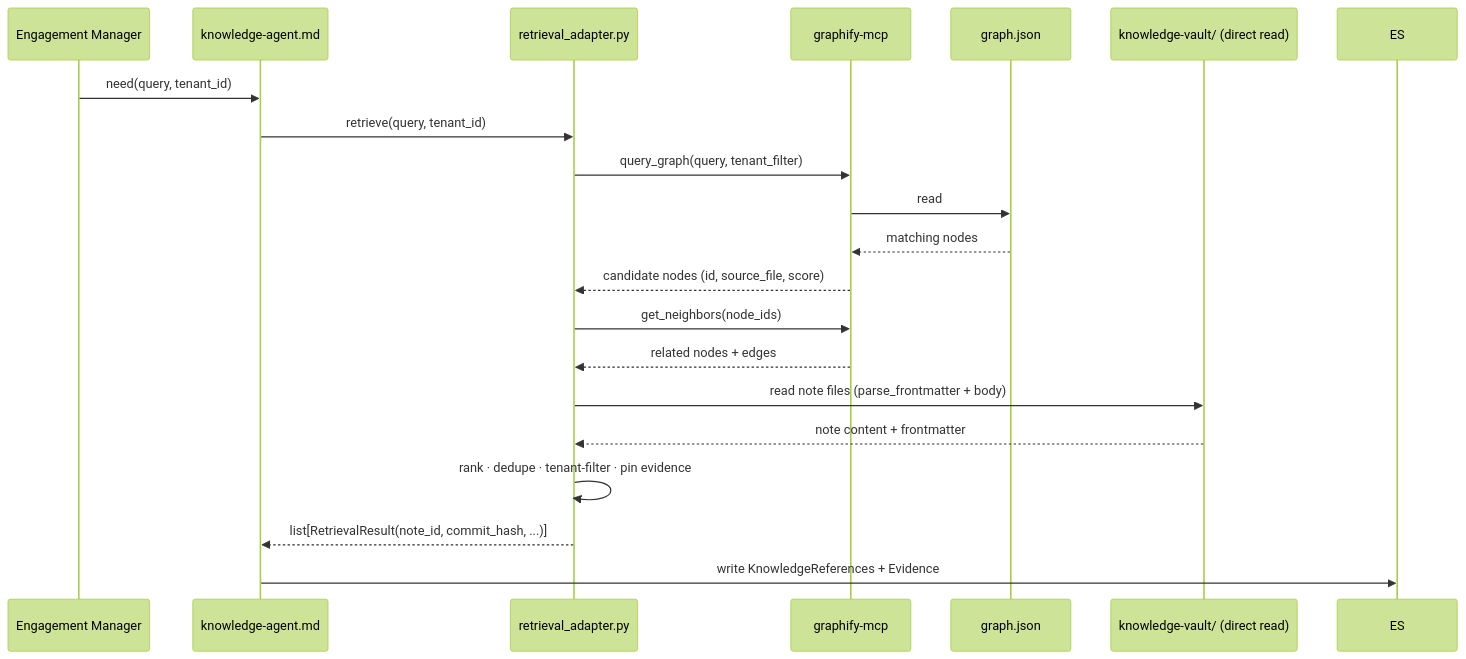
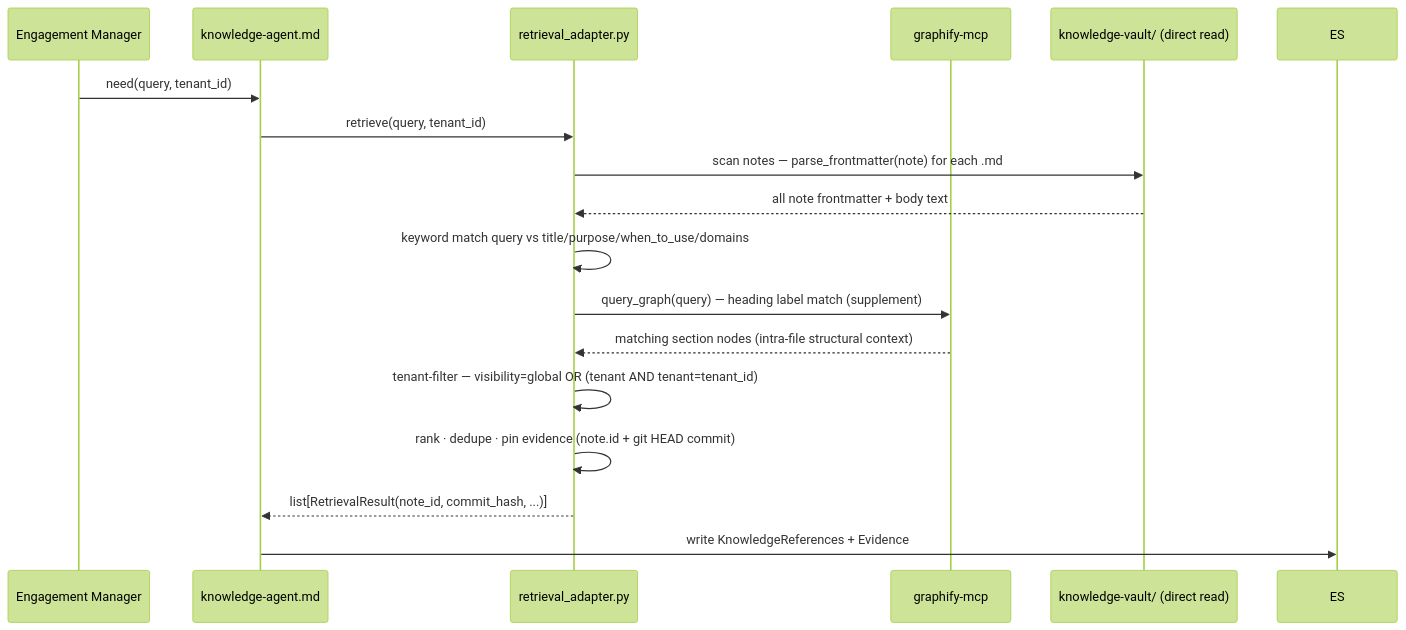
Before and after one commit to Darpan00720/Consulting-Agent: the diagram in docs/implementation/M3-Design.md, drawn with Mermaid (forest theme). The commit also changed other lines of this file and 1 other file, not shown here.

First line of the commit message:
feat(M3-Phase1A): incorporate Graphify evidence — resolve D-10, D-11

````diff
--- a/docs/implementation/M3-Design.md
+++ b/docs/implementation/M3-Design.md
@@ -291,23 +373,20 @@
 ```mermaid
 sequenceDiagram
     participant EM as Engagement Manager
     participant KA as knowledge-agent.md
     participant RA as retrieval_adapter.py
     participant GF as graphify-mcp
-    participant GJ as graph.json
     participant VT as knowledge-vault/ (direct read)
 
     EM->>KA: need(query, tenant_id)
     KA->>RA: retrieve(query, tenant_id)
-    RA->>GF: query_graph(query, tenant_filter)
-    GF->>GJ: read
-    GJ-->>GF: matching nodes
-    GF-->>RA: candidate nodes (id, source_file, score)
-    RA->>GF: get_neighbors(node_ids)
-    GF-->>RA: related nodes + edges
-    RA->>VT: read note files (parse_frontmatter + body)
-    VT-->>RA: note content + frontmatter
-    RA->>RA: rank · dedupe · tenant-filter · pin evidence
+    RA->>VT: scan notes — parse_frontmatter(note) for each .md
+    VT-->>RA: all note frontmatter + body text
+    RA->>RA: keyword match query vs title/purpose/when_to_use/domains
+    RA->>GF: query_graph(query) — heading label match (supplement)
+    GF-->>RA: matching section nodes (intra-file structural context)
+    RA->>RA: tenant-filter — visibility=global OR (tenant AND tenant=tenant_id)
+    RA->>RA: rank · dedupe · pin evidence (note.id + git HEAD commit)
     RA-->>KA: list[RetrievalResult(note_id, commit_hash, ...)]
     KA->>ES: write KnowledgeReferences + Evidence
 ```
````
